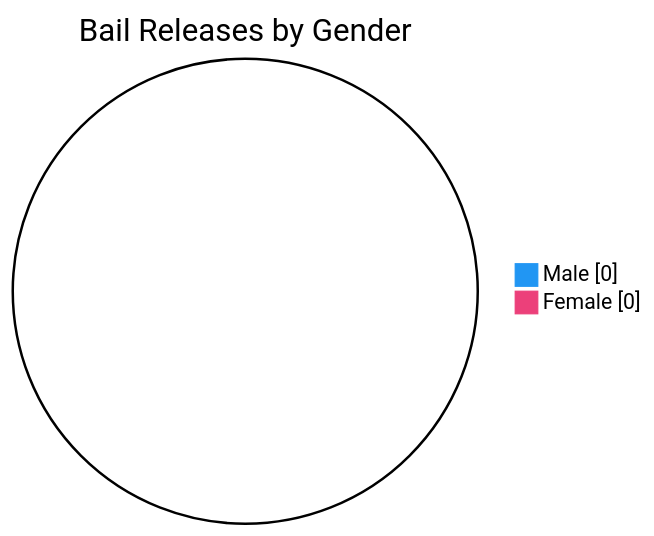
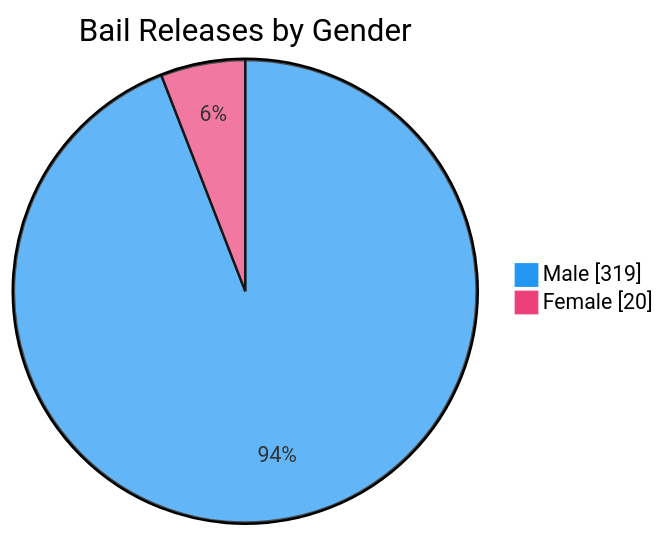
One commit to nuuuwan/lk_prisons changed the seventh of 7 diagrams in README.md. Above: the diagram before and after it, drawn with Mermaid. The commit also changed other lines of this file and 1 other file, not shown here.

````diff
--- a/README.md
+++ b/README.md
@@ -109,6 +109,6 @@
 ```mermaid
 %%{init: {'themeVariables': {'pie1': '#2196F3', 'pie2': '#EC407A'}}}%%
 pie showData title Bail Releases by Gender
-    "Male" : 0
-    "Female" : 0
+    "Male" : 319
+    "Female" : 20
 ```
````
